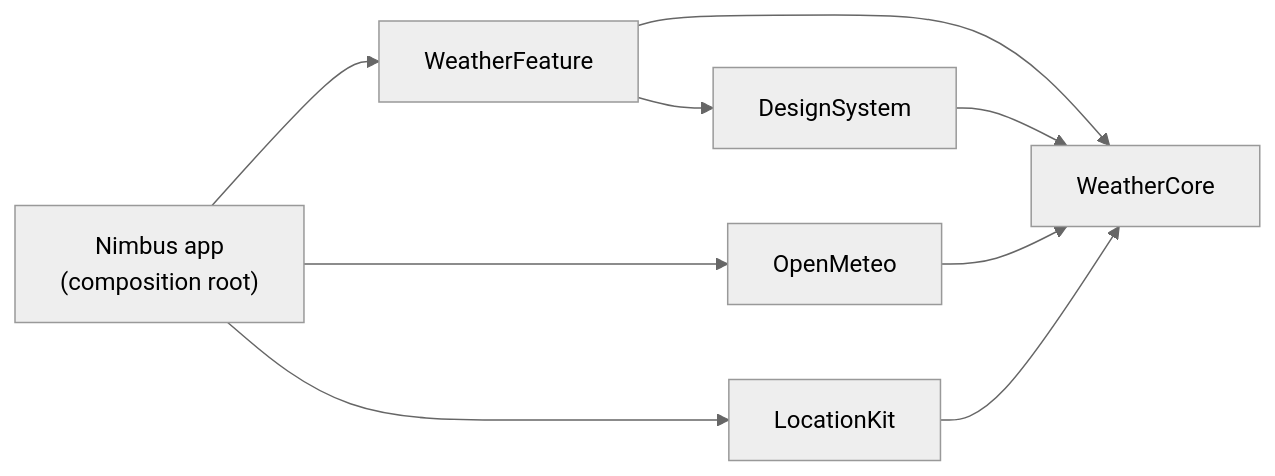
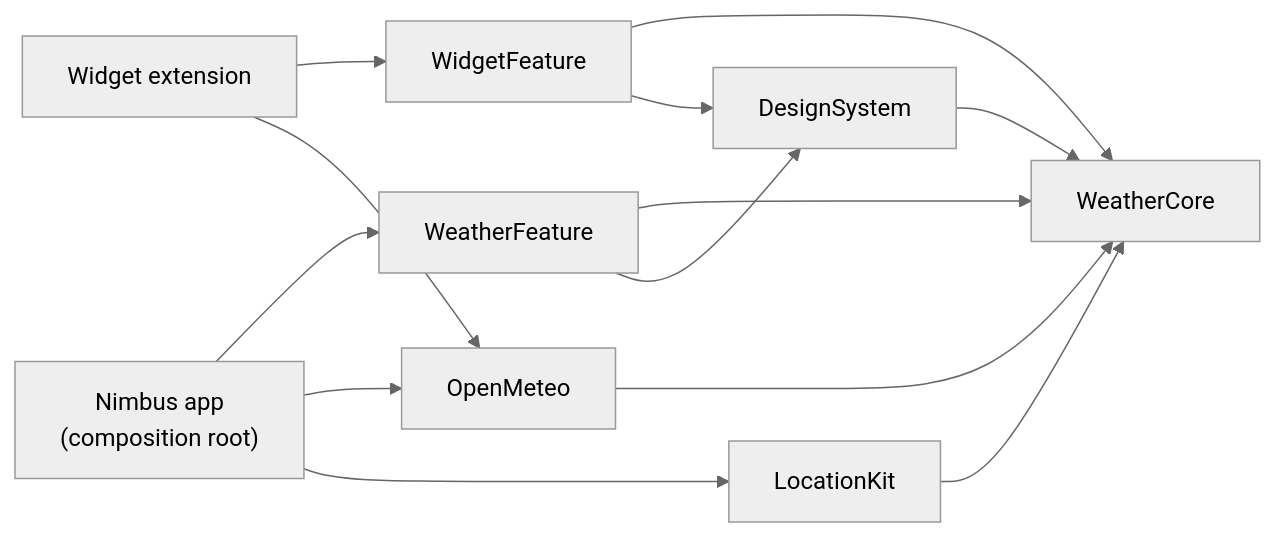
Before and after one commit to Irenapoghosian/nimbus-weather: the diagram in README.md, drawn with Mermaid (neutral theme). The commit also changed other lines of this file and 17 other files, not shown here.

````diff
--- a/README.md
+++ b/README.md
@@ -42,11 +43,15 @@
 ```mermaid
 flowchart LR
     App["Nimbus app<br/>(composition root)"] --> Feature[WeatherFeature]
     App --> OpenMeteo
     App --> LocationKit
+    Widgets["Widget extension"] --> WidgetFeature
+    Widgets --> OpenMeteo
+    WidgetFeature --> Core
+    WidgetFeature --> Design
     Feature --> Core[WeatherCore]
     Feature --> Design[DesignSystem]
     Design --> Core
     OpenMeteo --> Core
     LocationKit --> Core
 ```
````
